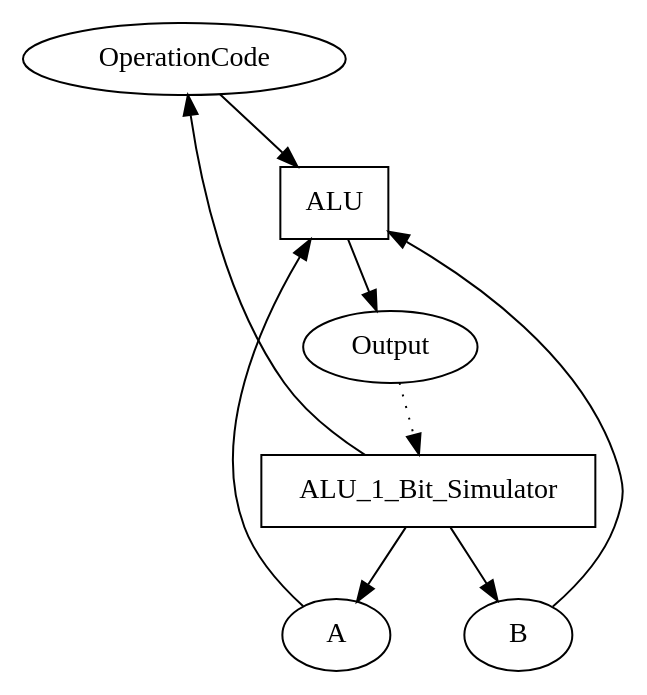
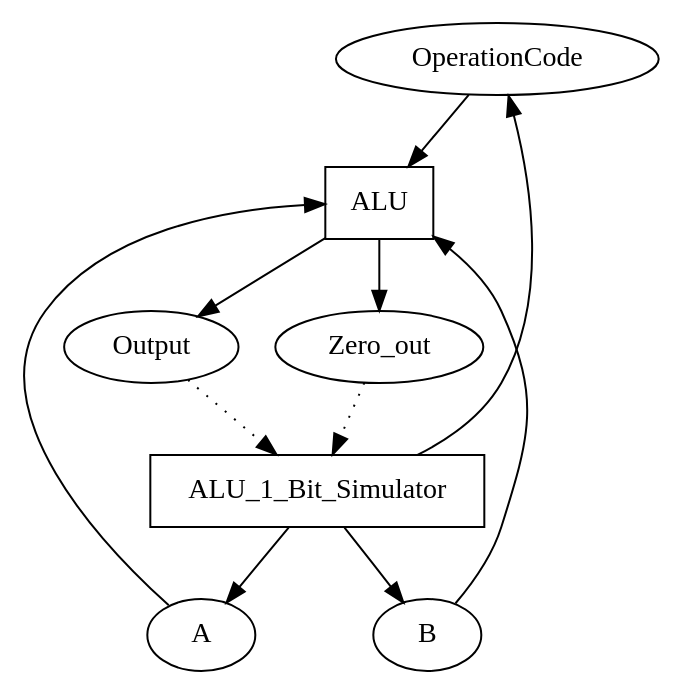
One commit to DanielRamyar/Master_Thesis changed the diagram in SME_Implementations/ALU_1_Bit/output/network.dot. Above: the diagram before and after it, drawn with Graphviz. The commit also changed 19 other files, not shown here.

Commit message:
Added zero test to ALU

```diff
--- a/SME_Implementations/ALU_1_Bit/output/network.dot
+++ b/SME_Implementations/ALU_1_Bit/output/network.dot
@@ -1,16 +1,19 @@
 digraph ALU_1_Bit {
 "OperationCode" [shape=oval];
 "A" [shape=oval];
 "B" [shape=oval];
 "Output" [shape=oval];
+"Zero_out" [shape=oval];
 "ALU" [shape=box];
 "ALU_1_Bit_Simulator" [shape=box];
 "OperationCode" -> "ALU";
 "A" -> "ALU";
 "B" -> "ALU";
 "ALU_1_Bit_Simulator" -> "OperationCode";
 "ALU_1_Bit_Simulator" -> "A";
 "ALU_1_Bit_Simulator" -> "B";
 "ALU" -> "Output";
+"ALU" -> "Zero_out";
 "Output" -> "ALU_1_Bit_Simulator" [style=dotted];
+"Zero_out" -> "ALU_1_Bit_Simulator" [style=dotted];
 }
```
